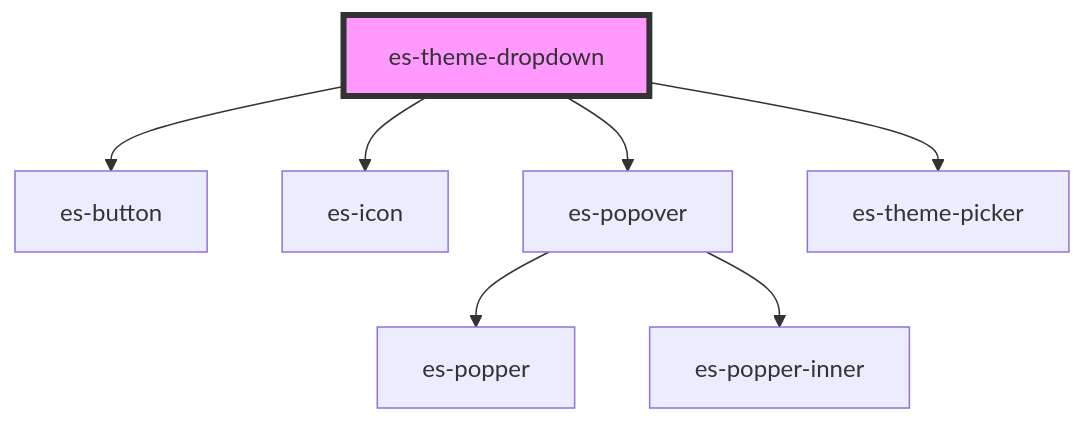
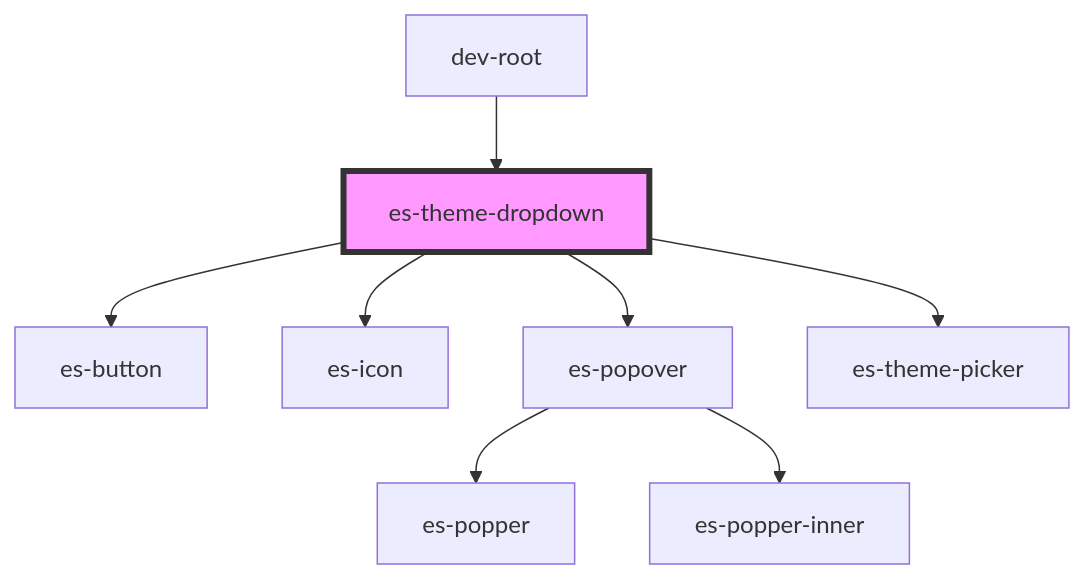
The diagram in packages/layout/src/components/es-theme-dropdown/readme.md (EventStore/Design-System), drawn with Mermaid before and after one commit. The commit also changed other lines of this file and 36 other files, not shown here.

````diff
--- a/packages/layout/src/components/es-theme-dropdown/readme.md
+++ b/packages/layout/src/components/es-theme-dropdown/readme.md
@@ -18,10 +22,11 @@
 ```mermaid
 graph TD;
   es-theme-dropdown --> es-button
   es-theme-dropdown --> es-icon
   es-theme-dropdown --> es-popover
   es-theme-dropdown --> es-theme-picker
   es-popover --> es-popper
   es-popover --> es-popper-inner
+  dev-root --> es-theme-dropdown
   style es-theme-dropdown fill:#f9f,stroke:#333,stroke-width:4px
 ```
````
